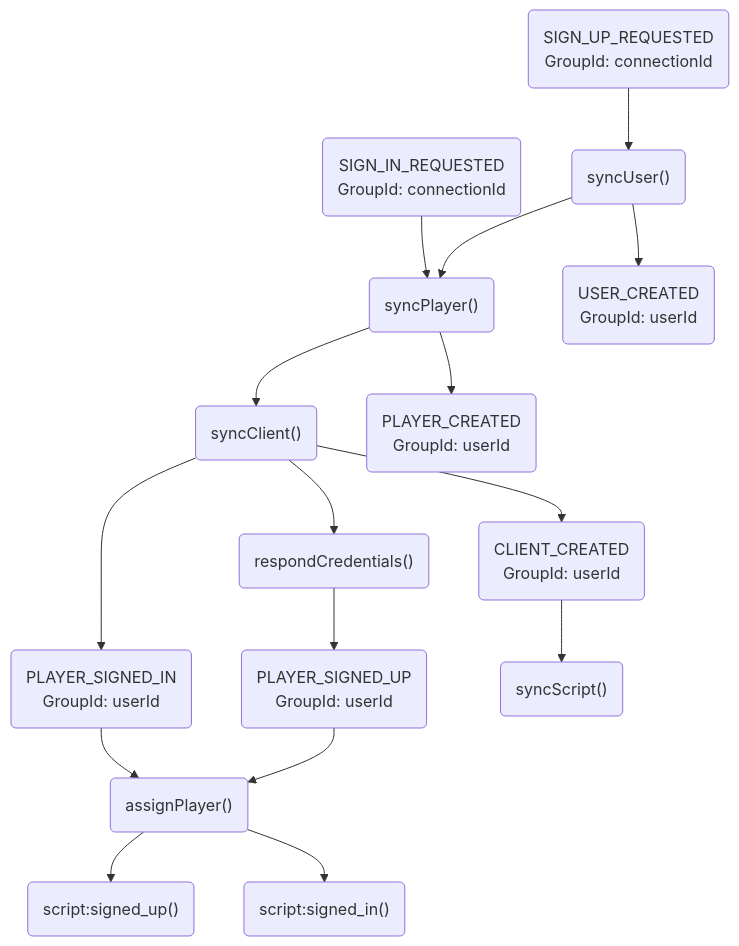
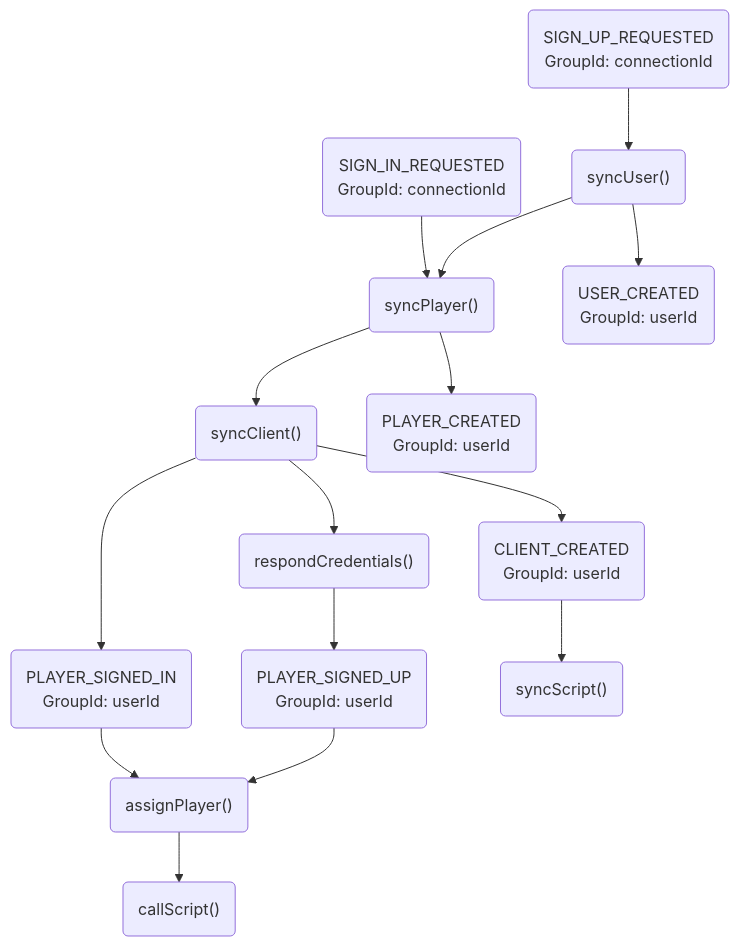
The diagram in omgservers-documentation/SignInSignUpEventGraph.md (OMGSERVERS/omgservers), drawn with Mermaid before and after one commit. The commit also changed 42 other files, not shown here.

````diff
--- a/omgservers-documentation/SignInSignUpEventGraph.md
+++ b/omgservers-documentation/SignInSignUpEventGraph.md
@@ -3,24 +3,22 @@
 ```mermaid
 graph TD;
 
 SignUpRequested(SIGN_UP_REQUESTED<br/>GroupId: connectionId) --> syncUser("syncUser()")
 syncUser("syncUser()") --> syncPlayer("syncPlayer()")
 syncPlayer("syncPlayer()") --> syncClient("syncClient()")
 syncClient("syncClient()") --> respondCredentials("respondCredentials()")
 respondCredentials("respondCredentials()") --> PlayerSignedUp(PLAYER_SIGNED_UP<br/>GroupId: userId)
 
 SignInRequested(SIGN_IN_REQUESTED<br/>GroupId: connectionId) --> syncPlayer("syncPlayer()")
 syncClient("syncClient()") --> PlayerSignedIn(PLAYER_SIGNED_IN<br/>GroupId: userId)
 
 syncUser("syncUser()") --> UserCreated(USER_CREATED</br>GroupId: userId)
 syncClient("syncClient()") --> ClientCreated(CLIENT_CREATED<br/>GroupId: userId)
 syncPlayer("syncPlayer()") --> PlayerCreated(PLAYER_CREATED<br/>GroupId: userId)
 
 ClientCreated(CLIENT_CREATED<br/>GroupId: userId) --> syncScript("syncScript()") 
 
 PlayerSignedUp(PLAYER_SIGNED_UP<br/>GroupId: userId) --> assignPlayer("assignPlayer()")
-assignPlayer("assignPlayer()") --> callScriptSignedUp("script:signed_up()")
-
 PlayerSignedIn(PLAYER_SIGNED_IN<br/>GroupId: userId) --> assignPlayer("assignPlayer()")
-assignPlayer("assignPlayer()") --> callScriptSignedIn("script:signed_in()")
+assignPlayer("assignPlayer()") --> callScript("callScript()")
 ```
````
